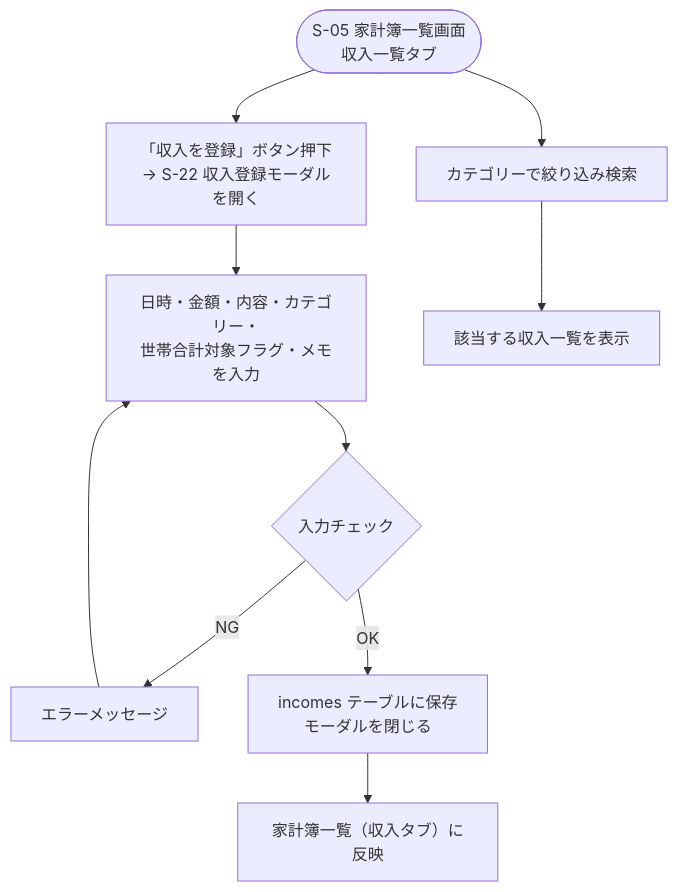
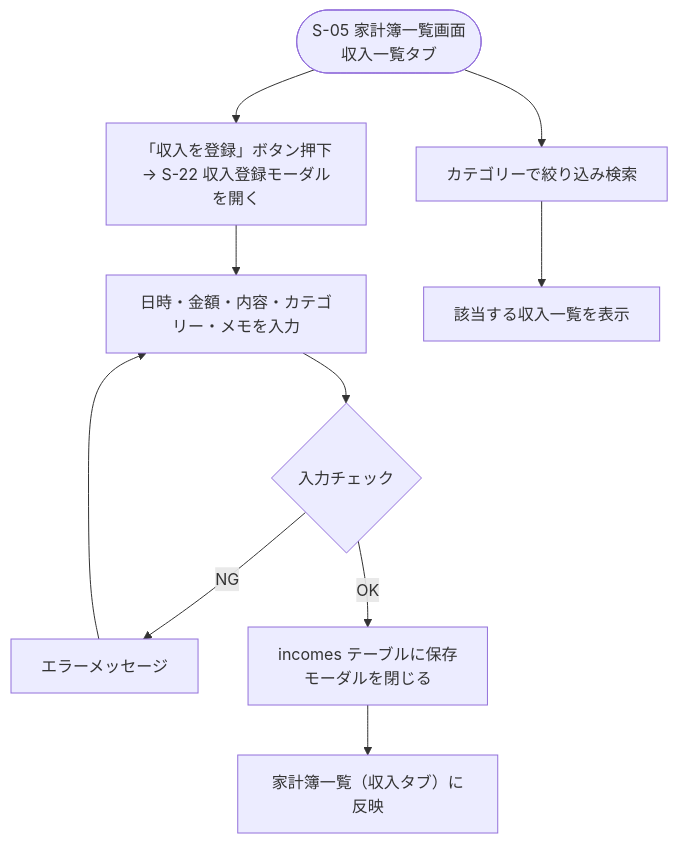
The diagram in docs/details/features/F13_kakeibo_income.md (yamamotonaoki3/HomeLog), drawn with Mermaid before and after one commit. The commit also changed other lines of this file and 4 other files, not shown here.

````diff
--- a/docs/details/features/F13_kakeibo_income.md
+++ b/docs/details/features/F13_kakeibo_income.md
@@ -20,12 +22,12 @@
 ```mermaid
 flowchart TD
     A([S-05 家計簿一覧画面\n収入一覧タブ]) --> B["「収入を登録」ボタン押下\n→ S-22 収入登録モーダルを開く"]
-    B --> C[日時・金額・内容・カテゴリー・\n世帯合計対象フラグ・メモを入力]
+    B --> C[日時・金額・内容・カテゴリー・メモを入力]
     C --> D{入力チェック}
     D -- NG --> E[エラーメッセージ]
     E --> C
     D -- OK --> F[incomes テーブルに保存\nモーダルを閉じる]
     F --> G[家計簿一覧（収入タブ）に反映]
     A --> H[カテゴリーで絞り込み検索]
     H --> I[該当する収入一覧を表示]
 ```
````
